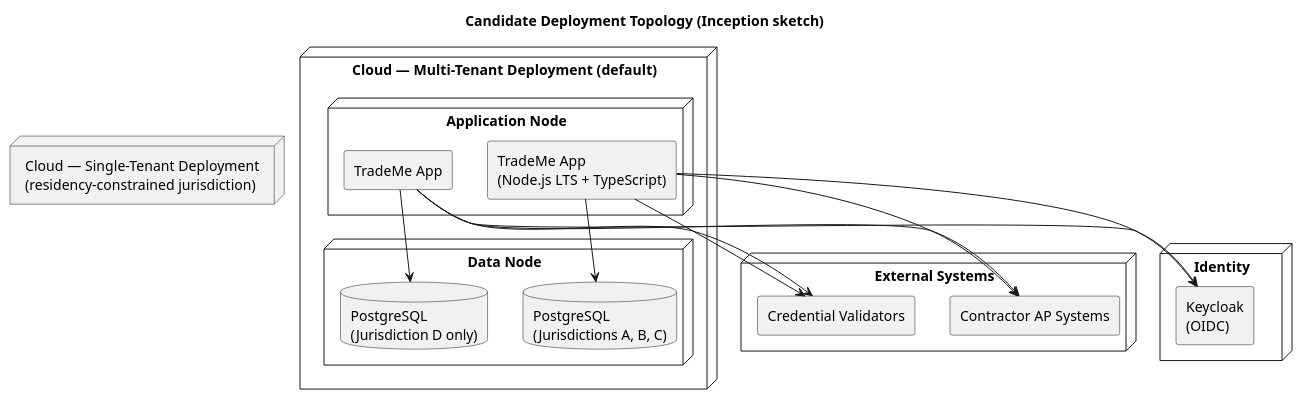
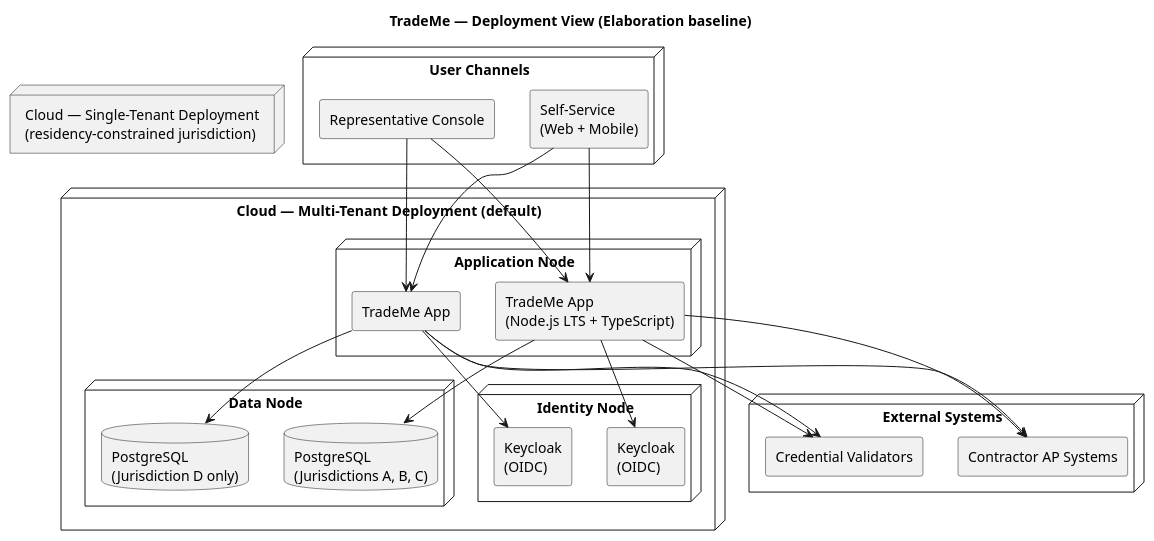
One commit to banense-test/trademe changed the sixth of 7 diagrams in docs/artifacts/analysis---design/software-architecture-document.md. Above: the diagram before and after it, drawn with PlantUML. The commit also changed other lines of this file, not shown here.

First line of the commit message:
Software Architect [E1]: upsert Software Architecture Document

````diff
--- a/docs/artifacts/analysis---design/software-architecture-document.md
+++ b/docs/artifacts/analysis---design/software-architecture-document.md
@@ -153,42 +334,53 @@
 ```plantuml
 @startuml
 skinparam componentStyle rectangle
-title Candidate Deployment Topology (Inception sketch)
+title TradeMe — Deployment View (Elaboration baseline)
 
 node "Cloud — Multi-Tenant Deployment (default)" {
   node "Application Node" {
     component "TradeMe App\n(Node.js LTS + TypeScript)" as APP_MT
   }
   node "Data Node" {
     database "PostgreSQL\n(Jurisdictions A, B, C)" as DB_MT
   }
+  node "Identity Node" {
+    component "Keycloak\n(OIDC)" as KC_MT
+  }
   APP_MT --> DB_MT
+  APP_MT --> KC_MT
 }
 
 node "Cloud — Single-Tenant Deployment\n(residency-constrained jurisdiction)" {
   node "Application Node" {
     component "TradeMe App" as APP_ST
   }
   node "Data Node" {
     database "PostgreSQL\n(Jurisdiction D only)" as DB_ST
   }
+  node "Identity Node" {
+    component "Keycloak\n(OIDC)" as KC_ST
+  }
   APP_ST --> DB_ST
+  APP_ST --> KC_ST
 }
 
 node "External Systems" {
   component "Contractor AP Systems" as AP
   component "Credential Validators" as VAL
 }
 
-node "Identity" {
-  component "Keycloak\n(OIDC)" as KC
+node "User Channels" {
+  component "Self-Service\n(Web + Mobile)" as SS
+  component "Representative Console" as REP
 }
 
+SS --> APP_MT
+REP --> APP_MT
+SS --> APP_ST
+REP --> APP_ST
 APP_MT --> AP
 APP_MT --> VAL
 APP_ST --> AP
 APP_ST --> VAL
-APP_MT --> KC
-APP_ST --> KC
 @enduml
 ```
````
